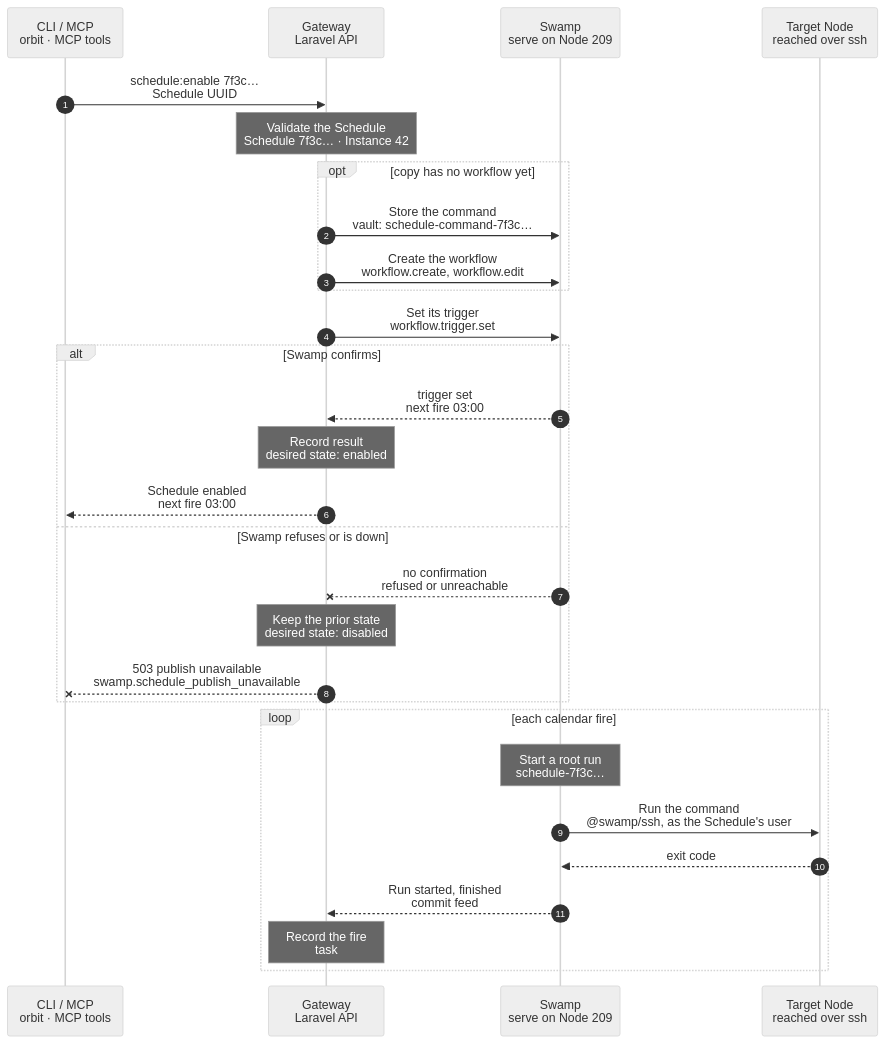
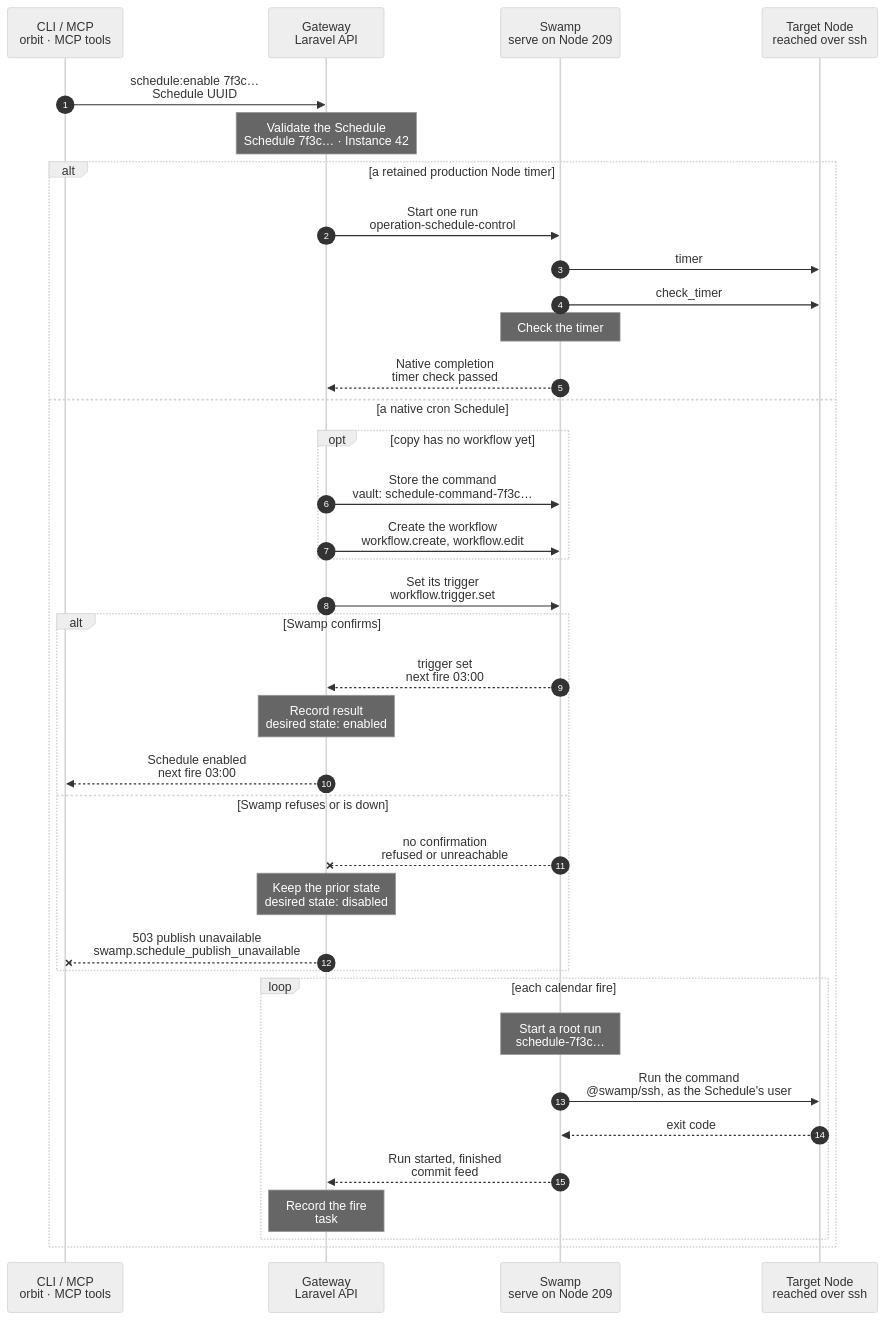
Before and after one commit to hardimpactdev/orbit: the diagram in docs/cli/schedule/enable.mmd, drawn with Mermaid (neutral theme). The commit also changed 9 other files, not shown here.

First line of the commit message:
refactor(schedules): confirm timer enable from systemd compliance

```diff
--- a/docs/cli/schedule/enable.mmd
+++ b/docs/cli/schedule/enable.mmd
@@ -1,95 +1,113 @@
 sequenceDiagram
   %% Target design: ADR 0244 native Swamp schedules, one Swamp workflow per Schedule (Nick 2026-11-02), nothing installed on Nodes; R1.
   %% status: migrated
   %% command: schedule:enable
   %% kind: schedule.enable
   autonumber
   %% lane CLI icon=terminal pill=caller tone=gray
   %% lane GW icon=gateway pill=intent tone=blue
   %% lane SW icon=workflow pill=executes tone=green
   %% lane N icon=server pill=target tone=amber
   participant CLI as CLI / MCP<br/>orbit · MCP tools
   participant GW as Gateway<br/>Laravel API
   participant SW as Swamp<br/>serve on Node 209
   participant N as Target Node<br/>reached over ssh
   CLI->>GW: schedule:enable 7f3c…<br/>Schedule UUID
   %%> Command:
   %%> - `orbit schedule:enable 7f3c9a2e-41d0-4b8a-9c11-2f6e0d5b7a10`
   %%> - syntax: `<schedule> [--idempotency-key=KEY] [--json]`
   %%> Input:
   %%> - the UUID of the Schedule, as `schedule:list` shows it
   %%> When:
   %%> - after `schedule:create --no-start`, or for a copy that production preparation created disabled
   %%> Disable:
   %%> - `schedule:disable` is the same flow in reverse; see its own chart
   Note over GW: Validate the Schedule<br/>Schedule 7f3c… · Instance 42
   %%> Requirements:
   %%> - your Node has an access grant to Node 12, which runs Instance 42
   %%> - Schedule 7f3c… is active, not failed or removing
   %%> - its trigger is native; a per-minute production scheduler keeps its Node timer, and enable starts that timer as before
   %%> - Instance 42 is still on Node 12
   %%> Already enabled:
   %%> - the trigger is set again; enable is idempotent
-  opt copy has no workflow yet
-    GW->>SW: Store the command<br/>vault: schedule-command-7f3c…
+  alt a retained production Node timer
+    GW->>SW: Start one run<br/>operation-schedule-control
+    %%> Inputs:
+    %%> - the admitted Schedule UUID and Node SSH host pins
+    SW->>N: timer
     %%> What it does:
-    %%> - stores the copied definition's command in the vault before creating its workflow
-    GW->>SW: Create the workflow<br/>workflow.create, workflow.edit
+    %%> - official systemd enables and starts the retained timer
+    SW->>N: check_timer
     %%> What it does:
-    %%> - creates the copied Schedule's workflow with its fixed intent and command key
-    %%> - an existing workflow is kept as it is
+    %%> - official systemd checks that the timer is enabled and active
+    Note over SW: Check the timer
+    %%> What it does:
+    %%> - native assert requires the systemd check to be compliant
+    SW-->>GW: Native completion<br/>timer check passed
+    %%> Result:
+    %%> - record the desired state from the existing terminal history read
+  else a native cron Schedule
+    opt copy has no workflow yet
+      GW->>SW: Store the command<br/>vault: schedule-command-7f3c…
+      %%> What it does:
+      %%> - stores the copied definition's command in the vault before creating its workflow
+      GW->>SW: Create the workflow<br/>workflow.create, workflow.edit
+      %%> What it does:
+      %%> - creates the copied Schedule's workflow with its fixed intent and command key
+      %%> - an existing workflow is kept as it is
+    end
+    GW->>SW: Set its trigger<br/>workflow.trigger.set
+    %%> What it does:
+    %%> - sets the cron trigger of the Schedule's own workflow `schedule-7f3c…` on serve (Node 209)
+    %%> - there is no Node work, so no run starts (R1)
+    %%> Inputs:
+    %%> - the workflow name and the calendar; the intent stays fixed inside the workflow
+    alt Swamp confirms
+      SW-->>GW: trigger set<br/>next fire 03:00
+      %%> Returns:
+      %%> - the trigger is active, with its next fire time
+      Note over GW: Record result<br/>desired state: enabled
+      %%> Result:
+      %%> - Schedule 7f3c… is recorded as enabled, only after Swamp confirms
+      %%> - task #5140 is recorded as succeeded at once (R1)
+      GW-->>CLI: Schedule enabled<br/>next fire 03:00
+      %%> What you get:
+      %%> - the result at once; there is nothing to follow
+    else Swamp refuses or is down
+      SW--xGW: no confirmation<br/>refused or unreachable
+      %%> When:
+      %%> - serve on 209 does not answer, or refuses the trigger
+      Note over GW: Keep the prior state<br/>desired state: disabled
+      %%> Result:
+      %%> - Schedule 7f3c… stays disabled; nothing changed
+      %%> Retry:
+      %%> - run the same command again; it is safe
+      GW--xCLI: 503 publish unavailable<br/>swamp.schedule_publish_unavailable
+      %%> Returns:
+      %%> - the error code; the Schedule is unchanged
+    end
+    loop each calendar fire
+      Note over SW: Start a root run<br/>schedule-7f3c…
+      %%> What it does:
+      %%> - serve fires the trigger and starts one root run of `schedule-7f3c…` on 209
+      %%> - its step runs `task-command-run` with the fixed intent, within the Schedule's timeout
+      %%> Timing:
+      %%> - serve runs up to 4 scheduled runs at once; a fire can start late when all are busy
+      SW->>N: Run the command<br/>@swamp/ssh, as the Schedule's user
+      %%> How:
+      %%> - checks the user and the working directory on Node 12
+      %%> - reads the command with `vault.get` and sends it on stdin
+      %%> Runs as:
+      %%> - the Schedule's user, in its working directory, with its shell
+      N-->>SW: exit code
+      %%> Returns:
+      %%> - the exit code; command output stays in the Node journal
+      SW-->>GW: Run started, finished<br/>commit feed
+      %%> How the Gateway learns it:
+      %%> - its shared run reader sees the root run start and end; Swamp never calls the Gateway
+      Note over GW: Record the fire<br/>task #5141 · trigger: schedule
+      %%> Result:
+      %%> - each fire becomes a task, with trigger `schedule`, recorded when it starts
+      %%> - `last_run_at` and `last_run_status` of Schedule 7f3c… are set
+    end
   end
-  GW->>SW: Set its trigger<br/>workflow.trigger.set
-  %%> What it does:
-  %%> - sets the cron trigger of the Schedule's own workflow `schedule-7f3c…` on serve (Node 209)
-  %%> - there is no Node work, so no run starts (R1)
-  %%> Inputs:
-  %%> - the workflow name and the calendar; the intent stays fixed inside the workflow
-  alt Swamp confirms
-    SW-->>GW: trigger set<br/>next fire 03:00
-    %%> Returns:
-    %%> - the trigger is active, with its next fire time
-    Note over GW: Record result<br/>desired state: enabled
-    %%> Result:
-    %%> - Schedule 7f3c… is recorded as enabled, only after Swamp confirms
-    %%> - task #5140 is recorded as succeeded at once (R1)
-    GW-->>CLI: Schedule enabled<br/>next fire 03:00
-    %%> What you get:
-    %%> - the result at once; there is nothing to follow
-  else Swamp refuses or is down
-    SW--xGW: no confirmation<br/>refused or unreachable
-    %%> When:
-    %%> - serve on 209 does not answer, or refuses the trigger
-    Note over GW: Keep the prior state<br/>desired state: disabled
-    %%> Result:
-    %%> - Schedule 7f3c… stays disabled; nothing changed
-    %%> Retry:
-    %%> - run the same command again; it is safe
-    GW--xCLI: 503 publish unavailable<br/>swamp.schedule_publish_unavailable
-    %%> Returns:
-    %%> - the error code; the Schedule is unchanged
-  end
-  loop each calendar fire
-    Note over SW: Start a root run<br/>schedule-7f3c…
-    %%> What it does:
-    %%> - serve fires the trigger and starts one root run of `schedule-7f3c…` on 209
-    %%> - its step runs `task-command-run` with the fixed intent, within the Schedule's timeout
-    %%> Timing:
-    %%> - serve runs up to 4 scheduled runs at once; a fire can start late when all are busy
-    SW->>N: Run the command<br/>@swamp/ssh, as the Schedule's user
-    %%> How:
-    %%> - checks the user and the working directory on Node 12
-    %%> - reads the command with `vault.get` and sends it on stdin
-    %%> Runs as:
-    %%> - the Schedule's user, in its working directory, with its shell
-    N-->>SW: exit code
-    %%> Returns:
-    %%> - the exit code; command output stays in the Node journal
-    SW-->>GW: Run started, finished<br/>commit feed
-    %%> How the Gateway learns it:
-    %%> - its shared run reader sees the root run start and end; Swamp never calls the Gateway
-    Note over GW: Record the fire<br/>task #5141 · trigger: schedule
-    %%> Result:
-    %%> - each fire becomes a task, with trigger `schedule`, recorded when it starts
-    %%> - `last_run_at` and `last_run_status` of Schedule 7f3c… are set
-  end
```
